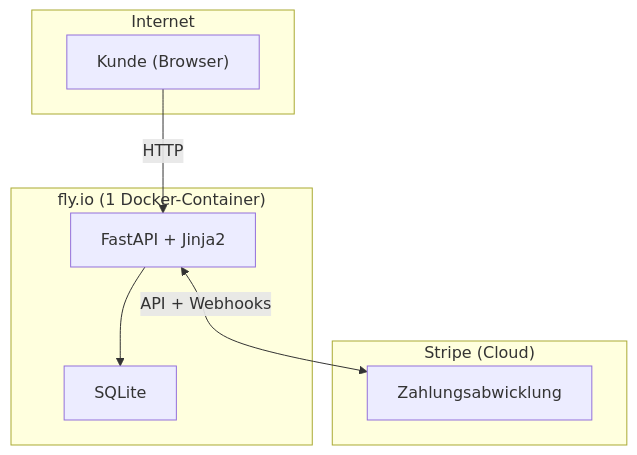
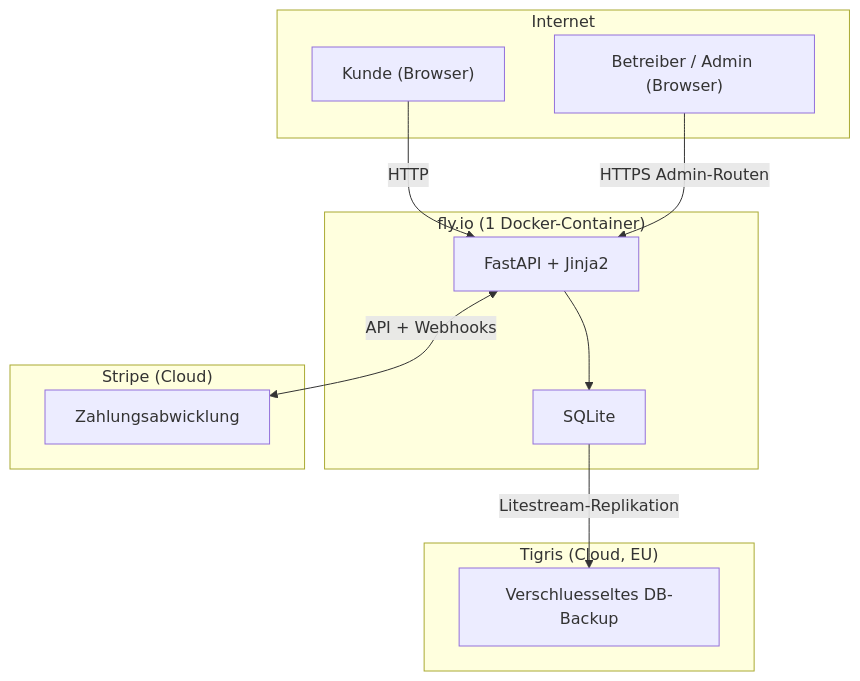
One commit to konstantinniedermann/olivalle-webshop changed the third of 3 diagrams in docs/arc42.md. Above: the diagram before and after it, drawn with Mermaid. The commit also changed other lines of this file, not shown here.

Commit message:
docs: Verteilungssicht §7 um SH/Admin-Akteur und Tigris-Backup erweitern (#144)

````diff
--- a/docs/arc42.md
+++ b/docs/arc42.md
@@ -251,17 +251,23 @@
 ```mermaid
 graph TD
     subgraph Internet
         Kunde["Kunde (Browser)"]
+        Admin["Betreiber / Admin (Browser)"]
     end
     subgraph flyio["fly.io (1 Docker-Container)"]
         FastAPI["FastAPI + Jinja2"]
         DB["SQLite"]
     end
     subgraph Stripe["Stripe (Cloud)"]
         Payment["Zahlungsabwicklung"]
     end
+    subgraph Tigris["Tigris (Cloud, EU)"]
+        Backup["Verschluesseltes DB-Backup"]
+    end
 
     Kunde -->|HTTP| FastAPI
+    Admin -->|HTTPS Admin-Routen| FastAPI
     FastAPI --> DB
     FastAPI <-->|API + Webhooks| Payment
+    DB -->|Litestream-Replikation| Backup
 ```
````
